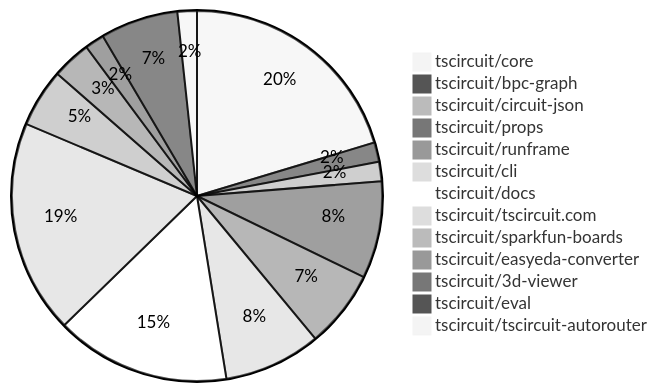
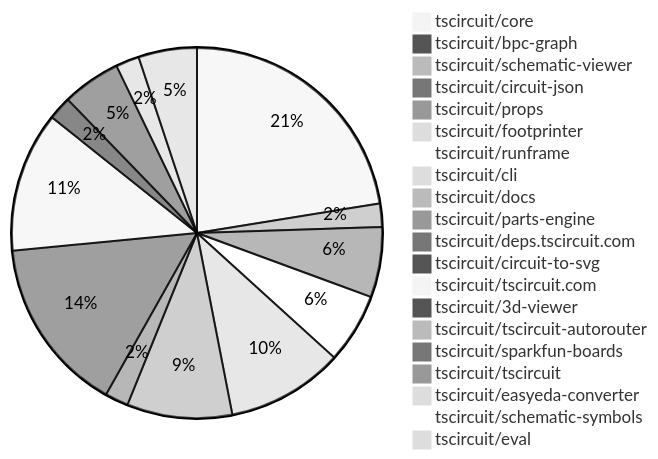
The diagram in README.md (tscircuit/contribution-tracker), drawn with Mermaid (neutral theme) before and after one commit. The commit also changed other lines of this file and 3 other files, not shown here.

````diff
--- a/README.md
+++ b/README.md
@@ -24,16 +24,23 @@
 ```mermaid
 pie
-    "tscircuit/core" : 12
+    "tscircuit/core" : 22
     "tscircuit/bpc-graph" : 1
+    "tscircuit/schematic-viewer" : 2
     "tscircuit/circuit-json" : 1
-    "tscircuit/props" : 5
-    "tscircuit/runframe" : 4
-    "tscircuit/cli" : 5
+    "tscircuit/props" : 6
+    "tscircuit/footprinter" : 1
+    "tscircuit/runframe" : 6
+    "tscircuit/cli" : 10
     "tscircuit/docs" : 9
-    "tscircuit/tscircuit.com" : 11
-    "tscircuit/sparkfun-boards" : 3
+    "tscircuit/parts-engine" : 2
+    "tscircuit/deps.tscircuit.com" : 15
+    "tscircuit/circuit-to-svg" : 1
+    "tscircuit/tscircuit.com" : 12
+    "tscircuit/3d-viewer" : 2
+    "tscircuit/tscircuit-autorouter" : 1
+    "tscircuit/sparkfun-boards" : 5
+    "tscircuit/tscircuit" : 1
     "tscircuit/easyeda-converter" : 2
-    "tscircuit/3d-viewer" : 1
-    "tscircuit/eval" : 4
-    "tscircuit/tscircuit-autorouter" : 1
+    "tscircuit/schematic-symbols" : 1
+    "tscircuit/eval" : 5
 ```
````
